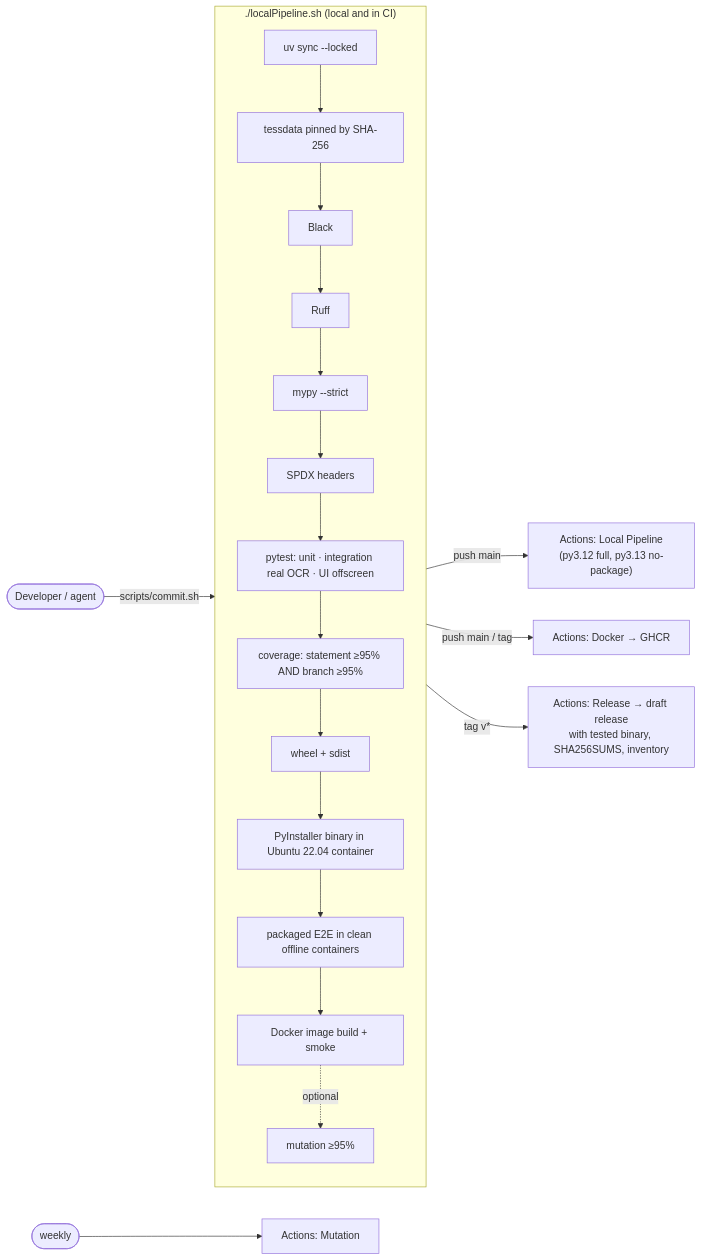
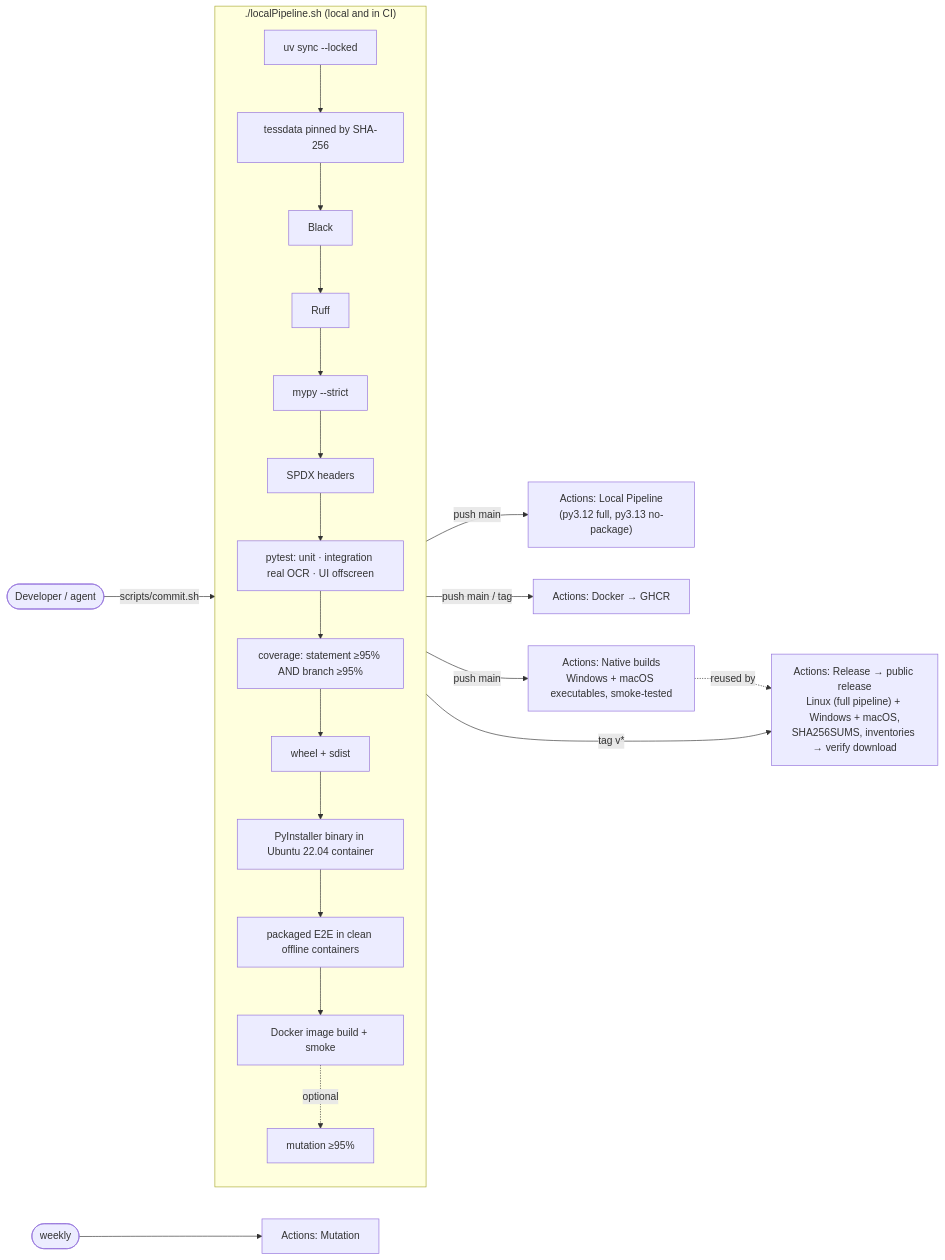
Before and after one commit to marcelpetrick/SearchifyMyPDF: the seventh of 7 diagrams in docs/architecture.md, drawn with Mermaid. The commit also changed 7 other files, not shown here.

First line of the commit message:
ci(release): publish public releases with Linux, Windows and macOS executables and verify the published assets

````diff
--- a/docs/architecture.md
+++ b/docs/architecture.md
@@ -176,20 +176,22 @@
 ```mermaid
 flowchart LR
     dev([Developer / agent]) -->|scripts/commit.sh| LP
     subgraph LP["./localPipeline.sh (local and in CI)"]
         direction TB
         s1[uv sync --locked] --> s2[tessdata pinned by SHA-256]
         s2 --> s3[Black] --> s4[Ruff] --> s5[mypy --strict] --> s6[SPDX headers]
         s6 --> s7[pytest: unit · integration real OCR · UI offscreen]
         s7 --> s8[coverage: statement ≥95% AND branch ≥95%]
         s8 --> s9[wheel + sdist]
         s9 --> s10[PyInstaller binary in Ubuntu 22.04 container]
         s10 --> s11[packaged E2E in clean offline containers]
         s11 --> s12[Docker image build + smoke]
         s12 -.optional.-> s13[mutation ≥95%]
     end
     LP -->|push main| CI["Actions: Local Pipeline<br/>(py3.12 full, py3.13 no-package)"]
     LP -->|push main / tag| DK["Actions: Docker → GHCR"]
-    LP -->|tag v*| REL["Actions: Release → draft release<br/>with tested binary, SHA256SUMS, inventory"]
+    LP -->|push main| NAT["Actions: Native builds<br/>Windows + macOS executables, smoke-tested"]
+    LP -->|tag v*| REL["Actions: Release → public release<br/>Linux (full pipeline) + Windows + macOS,<br/>SHA256SUMS, inventories → verify download"]
+    NAT -.reused by.-> REL
     SCHED([weekly]) --> MUT["Actions: Mutation"]
 ```
````
